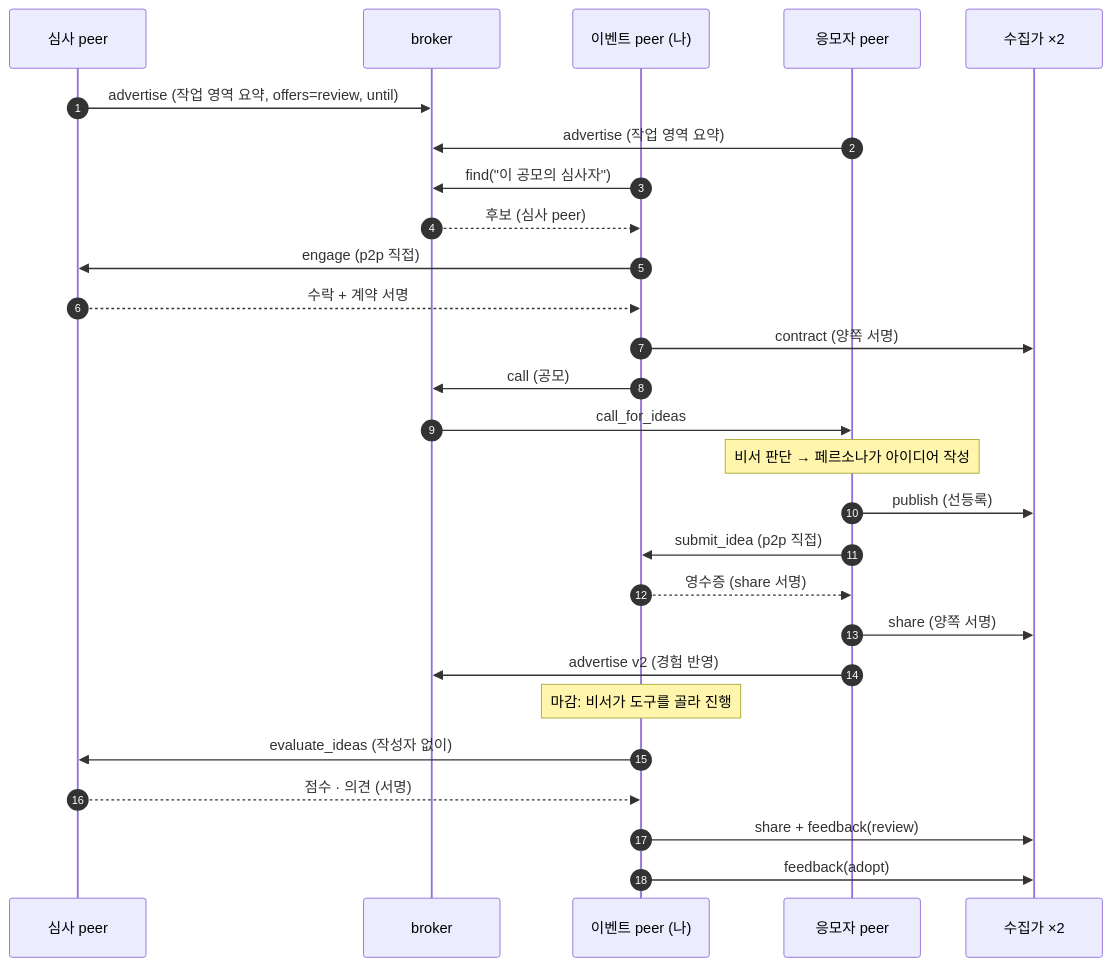
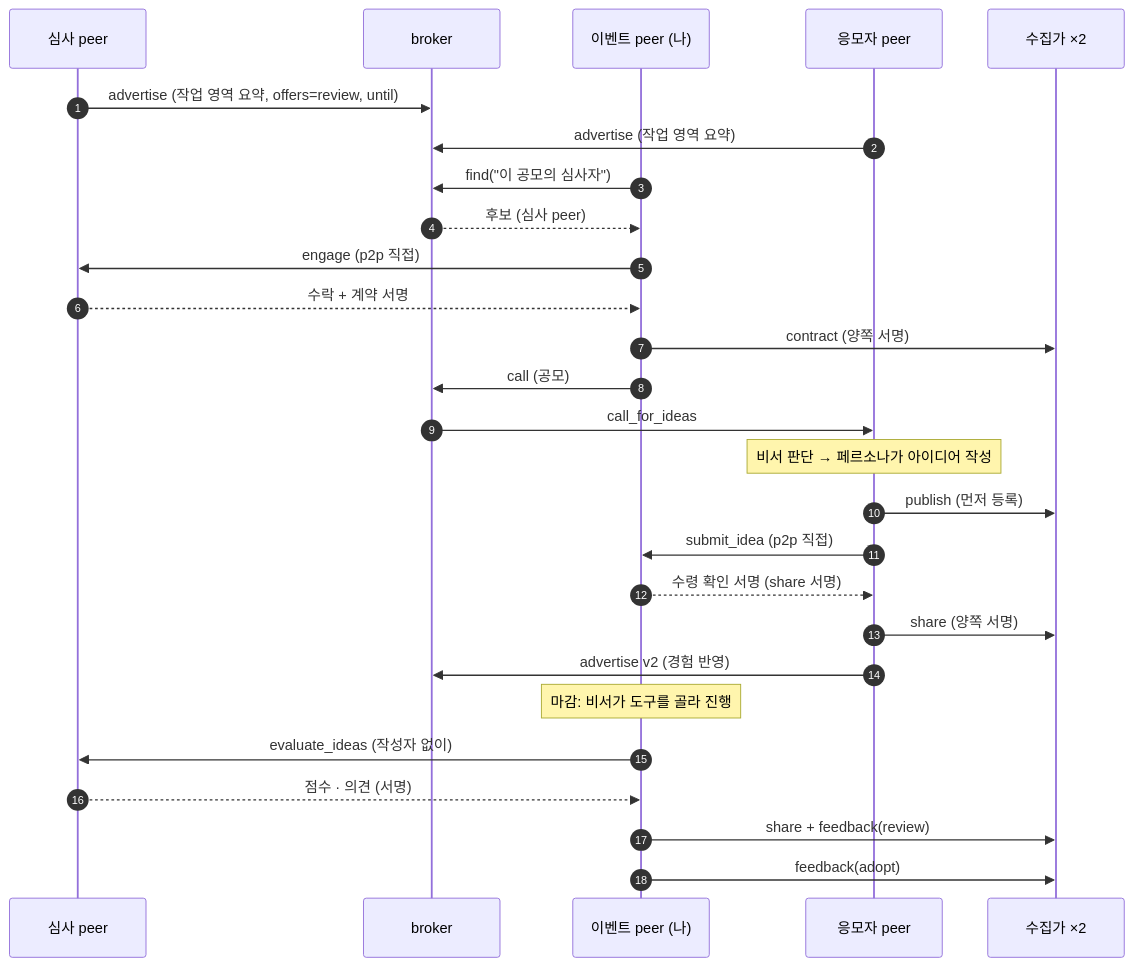
The second of 2 diagrams in docs/system-overview.md (tanminkwan/share-ur-tokens), drawn with Mermaid before and after one commit. The commit also changed other lines of this file and 16 other files, not shown here.

````diff
--- a/docs/system-overview.md
+++ b/docs/system-overview.md
@@ -88,30 +88,30 @@
 ```mermaid
 sequenceDiagram
     autonumber
     participant R as 심사 peer
     participant B as broker
     participant E as 이벤트 peer (나)
     participant A as 응모자 peer
     participant L as 수집가 ×2
 
     R->>B: advertise (작업 영역 요약, offers=review, until)
     A->>B: advertise (작업 영역 요약)
     E->>B: find("이 공모의 심사자")
     B-->>E: 후보 (심사 peer)
     E->>R: engage (p2p 직접)
     R-->>E: 수락 + 계약 서명
     E->>L: contract (양쪽 서명)
     E->>B: call (공모)
     B->>A: call_for_ideas
     Note over A: 비서 판단 → 페르소나가 아이디어 작성
-    A->>L: publish (선등록)
+    A->>L: publish (먼저 등록)
     A->>E: submit_idea (p2p 직접)
-    E-->>A: 영수증 (share 서명)
+    E-->>A: 수령 확인 서명 (share 서명)
     A->>L: share (양쪽 서명)
     A->>B: advertise v2 (경험 반영)
     Note over E: 마감: 비서가 도구를 골라 진행
     E->>R: evaluate_ideas (작성자 없이)
     R-->>E: 점수 · 의견 (서명)
     E->>L: share + feedback(review)
     E->>L: feedback(adopt)
 ```
````
